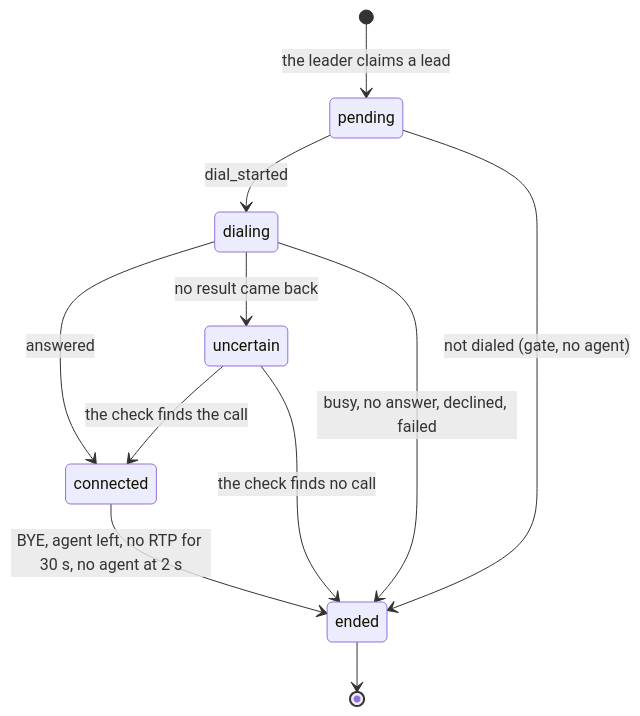
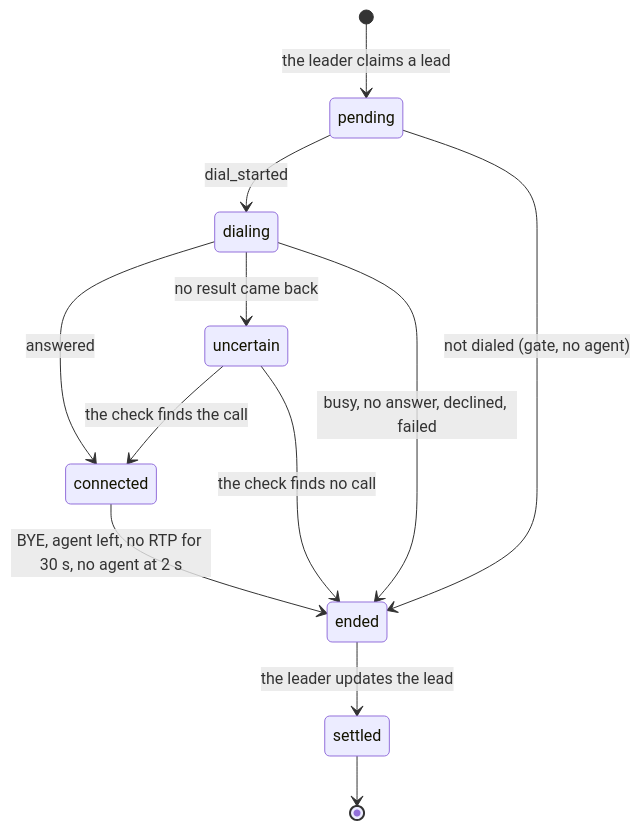
Before and after one commit to sandys/swarmpbx: the seventh of 9 diagrams in README.md, drawn with Mermaid. The commit also changed other lines of this file and 151 other files, not shown here.

````diff
--- a/README.md
+++ b/README.md
@@ -195,13 +323,14 @@
 ```mermaid
 stateDiagram-v2
     [*] --> pending: the leader claims a lead
     pending --> dialing: dial_started
     pending --> ended: not dialed (gate, no agent)
     dialing --> connected: answered
     dialing --> uncertain: no result came back
     dialing --> ended: busy, no answer, declined, failed
     uncertain --> connected: the check finds the call
     uncertain --> ended: the check finds no call
     connected --> ended: BYE, agent left, no RTP for 30 s, no agent at 2 s
-    ended --> [*]
+    ended --> settled: the leader updates the lead
+    settled --> [*]
 ```
````
